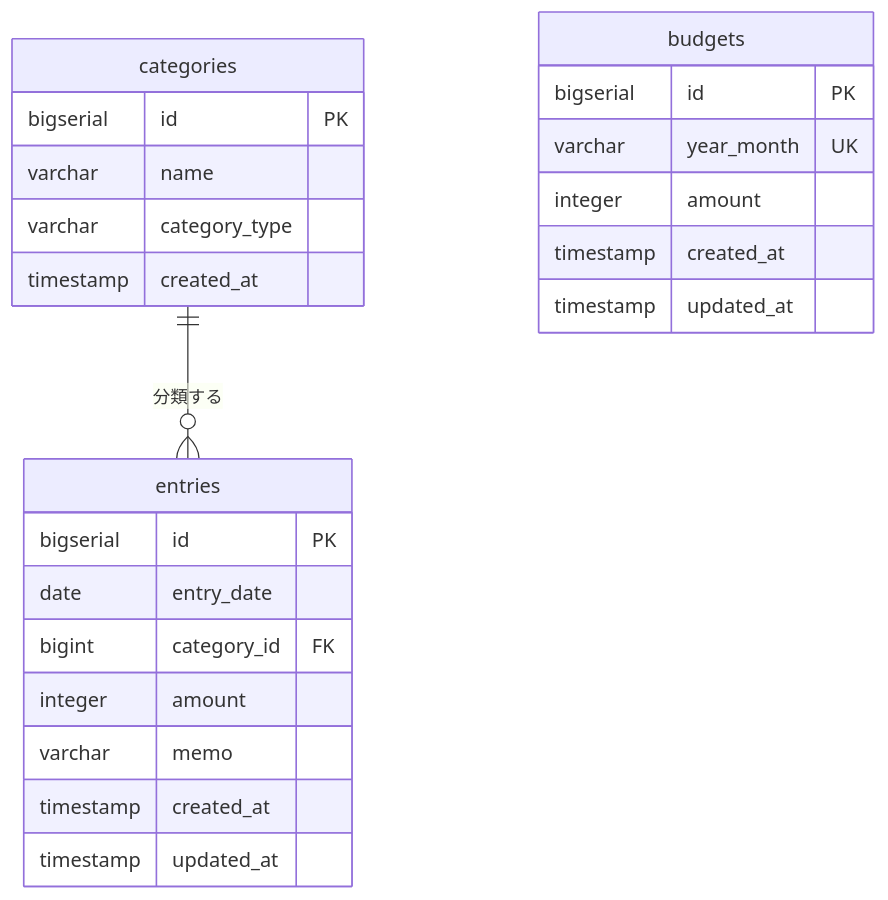
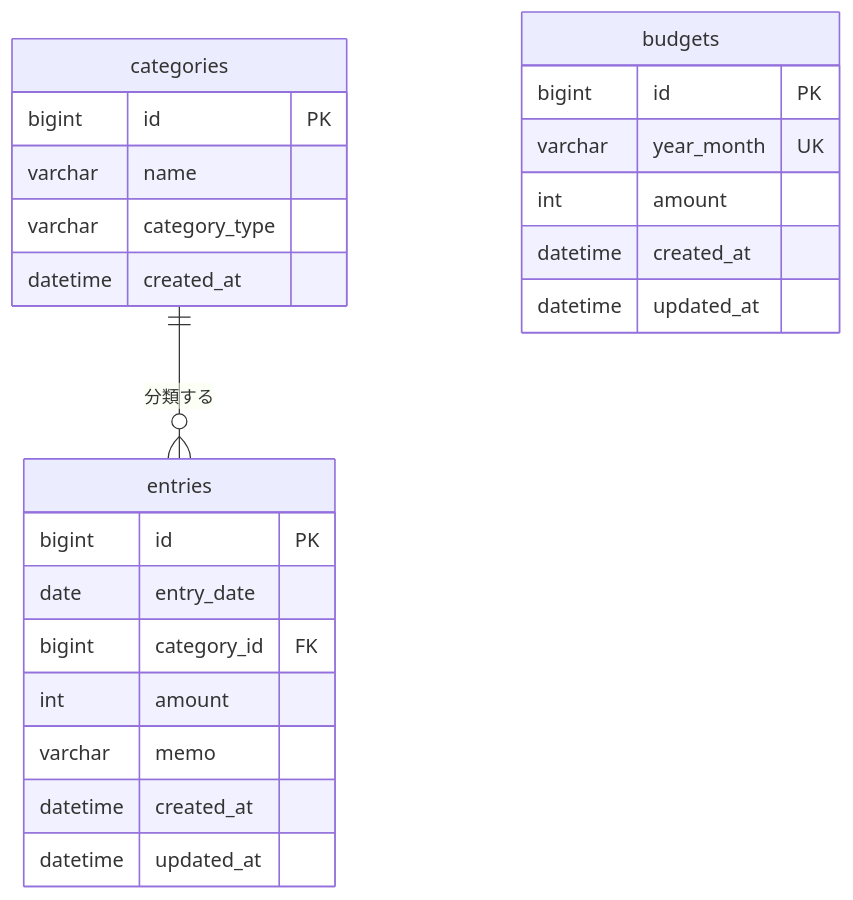
Before and after one commit to tabata-kodai1/kakeibo-app-1: the diagram in docs/database.md, drawn with Mermaid. The commit also changed other lines of this file and 1 other file, not shown here.

Commit message:
docs: MySQL 移行の取りこぼしを直す
PR #3 で DBMS を PostgreSQL から MySQL 8.4 に変更した際に、
追随しきれていなかった記述を直す。

- ER 図の型が bigserial / timestamp のままで、下のテーブル定義
  （BIGINT AUTO_INCREMENT / DATETIME(6)）と食い違っていた
- 型の選択表の直後に空行がなく、後続の一文が表に吸われて崩れていた
- 「どの RDBMS でも satisfied できる」と英単語が混入していた
- 「採用しなかった選択肢」に PostgreSQL がなく、一度採用していた
  選択肢をなぜ変えたのかが表から読めなかった

ER 図には桁数と AUTO_INCREMENT を書かず、正確な定義はテーブル定義を
見る旨の注記を添えた。同じ情報を 2 か所に持つと、再びずれるため。

````diff
--- a/docs/database.md
+++ b/docs/database.md
@@ -17,27 +18,27 @@
 ```mermaid
 erDiagram
     categories ||--o{ entries : "分類する"
 
     categories {
-        bigserial id PK
-        varchar   name
-        varchar   category_type
-        timestamp created_at
+        bigint   id PK
+        varchar  name
+        varchar  category_type
+        datetime created_at
     }
     entries {
-        bigserial id PK
-        date      entry_date
-        bigint    category_id FK
-        integer   amount
-        varchar   memo
-        timestamp created_at
-        timestamp updated_at
+        bigint   id PK
+        date     entry_date
+        bigint   category_id FK
+        int      amount
+        varchar  memo
+        datetime created_at
+        datetime updated_at
     }
     budgets {
-        bigserial id PK
-        varchar   year_month UK
-        integer   amount
-        timestamp created_at
-        timestamp updated_at
+        bigint   id PK
+        varchar  year_month UK
+        int      amount
+        datetime created_at
+        datetime updated_at
     }
 ```
````
